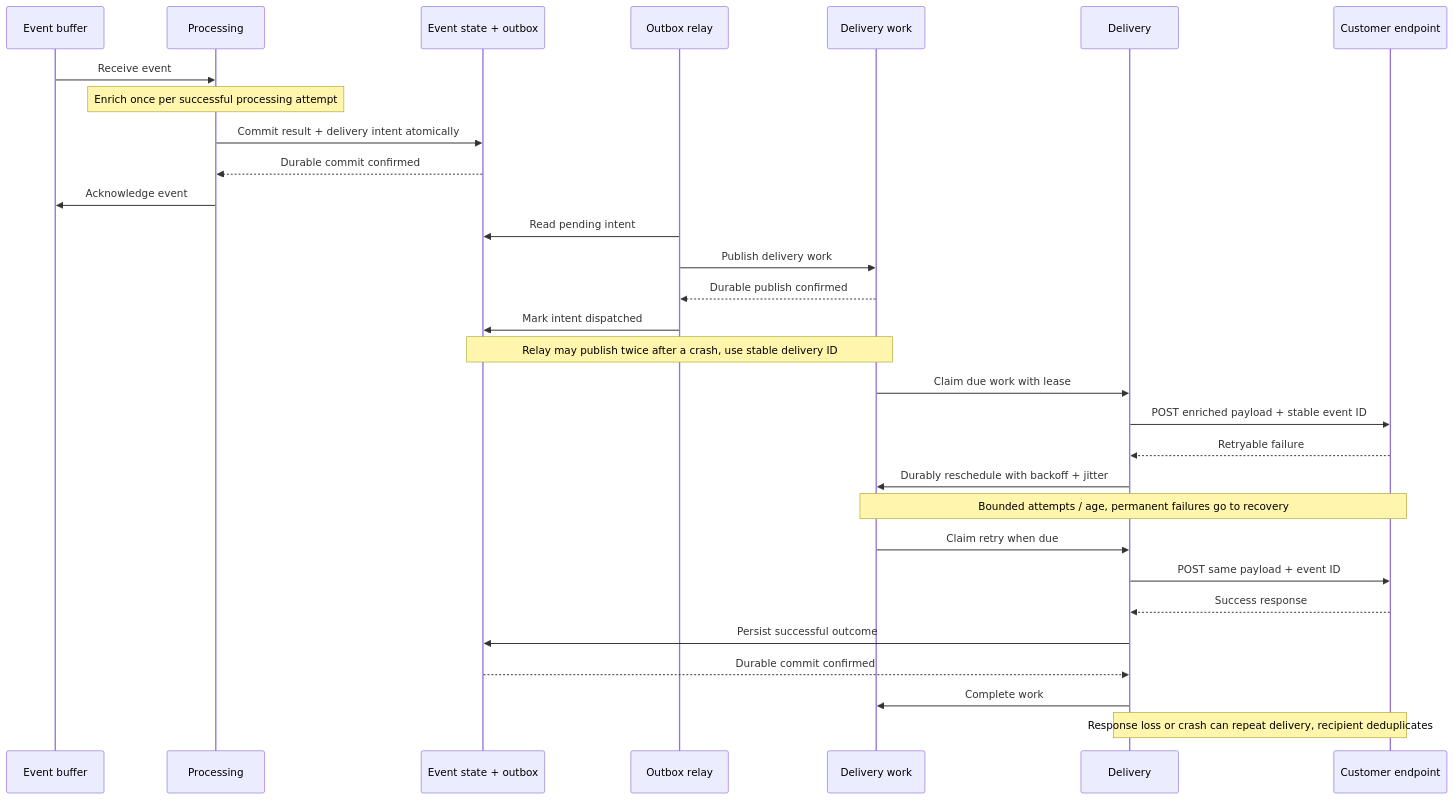
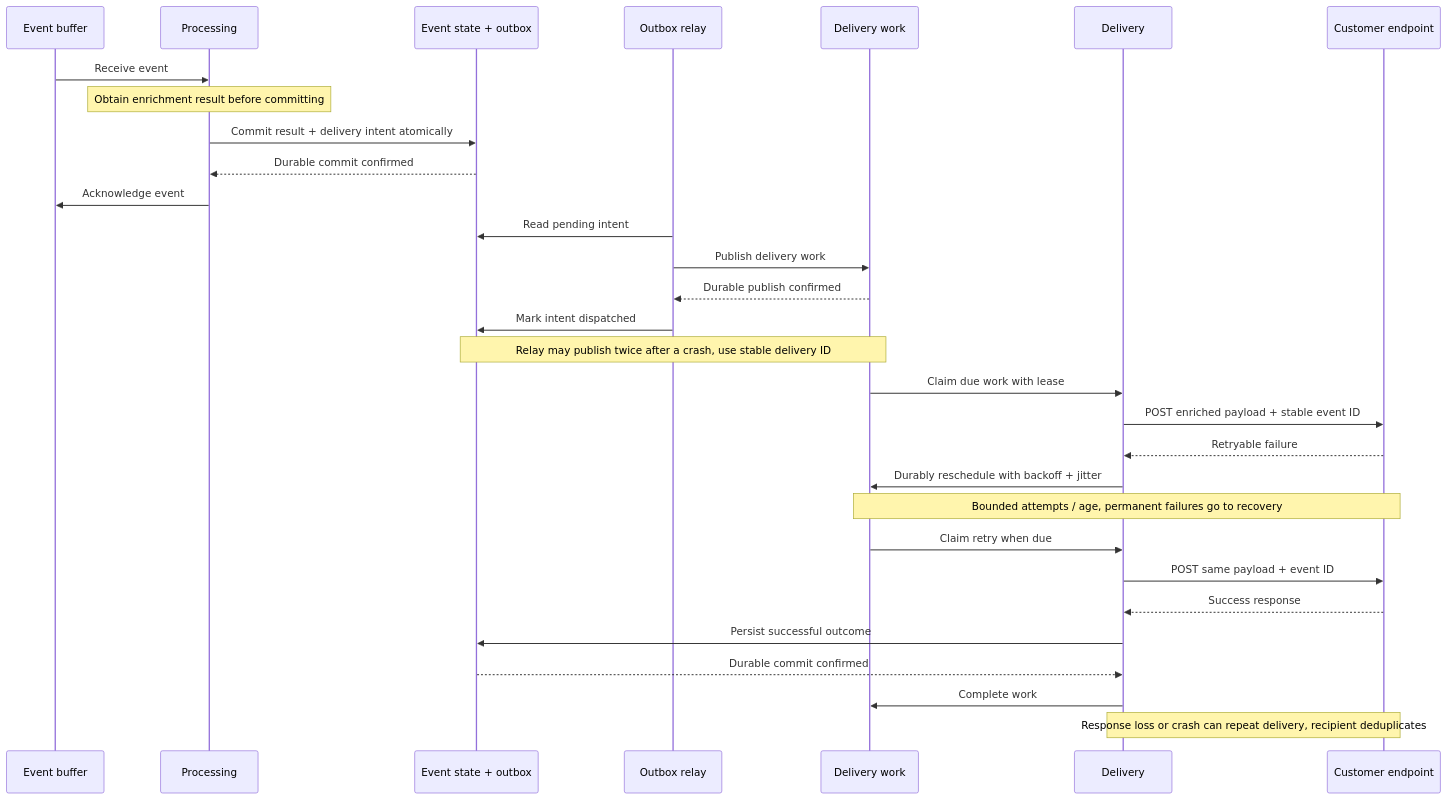
The diagram in diagrams/delivery-retry-sequence.mmd (danielcg-net/sre-leadership-case-study), drawn with Mermaid before and after one commit. The commit also changed 4 other files, not shown here.

```diff
--- a/diagrams/delivery-retry-sequence.mmd
+++ b/diagrams/delivery-retry-sequence.mmd
@@ -1,32 +1,32 @@
 sequenceDiagram
     accTitle: Proposed durable handoff and delivery retry sequence
     accDescr: Processing commits an enriched event and outbox intent before acknowledging the original event. A relay publishes durable delivery work. Failed delivery schedules a bounded retry without calling enrichment again. A successful endpoint response is persisted before completion. Crashes can still cause duplicates, a stable event identifier supports deduplication.
     participant B as Event buffer
     participant P as Processing
     participant S as Event state + outbox
     participant R as Outbox relay
     participant Q as Delivery work
     participant D as Delivery
     participant E as Customer endpoint
     B->>P: Receive event
-    Note over P: Enrich once per successful processing attempt
+    Note over P: Obtain enrichment result before committing
     P->>S: Commit result + delivery intent atomically
     S-->>P: Durable commit confirmed
     P->>B: Acknowledge event
     R->>S: Read pending intent
     R->>Q: Publish delivery work
     Q-->>R: Durable publish confirmed
     R->>S: Mark intent dispatched
     Note over S,Q: Relay may publish twice after a crash, use stable delivery ID
     Q->>D: Claim due work with lease
     D->>E: POST enriched payload + stable event ID
     E-->>D: Retryable failure
     D->>Q: Durably reschedule with backoff + jitter
     Note over Q,E: Bounded attempts / age, permanent failures go to recovery
     Q->>D: Claim retry when due
     D->>E: POST same payload + event ID
     E-->>D: Success response
     D->>S: Persist successful outcome
     S-->>D: Durable commit confirmed
     D->>Q: Complete work
     Note over D,E: Response loss or crash can repeat delivery, recipient deduplicates
```
